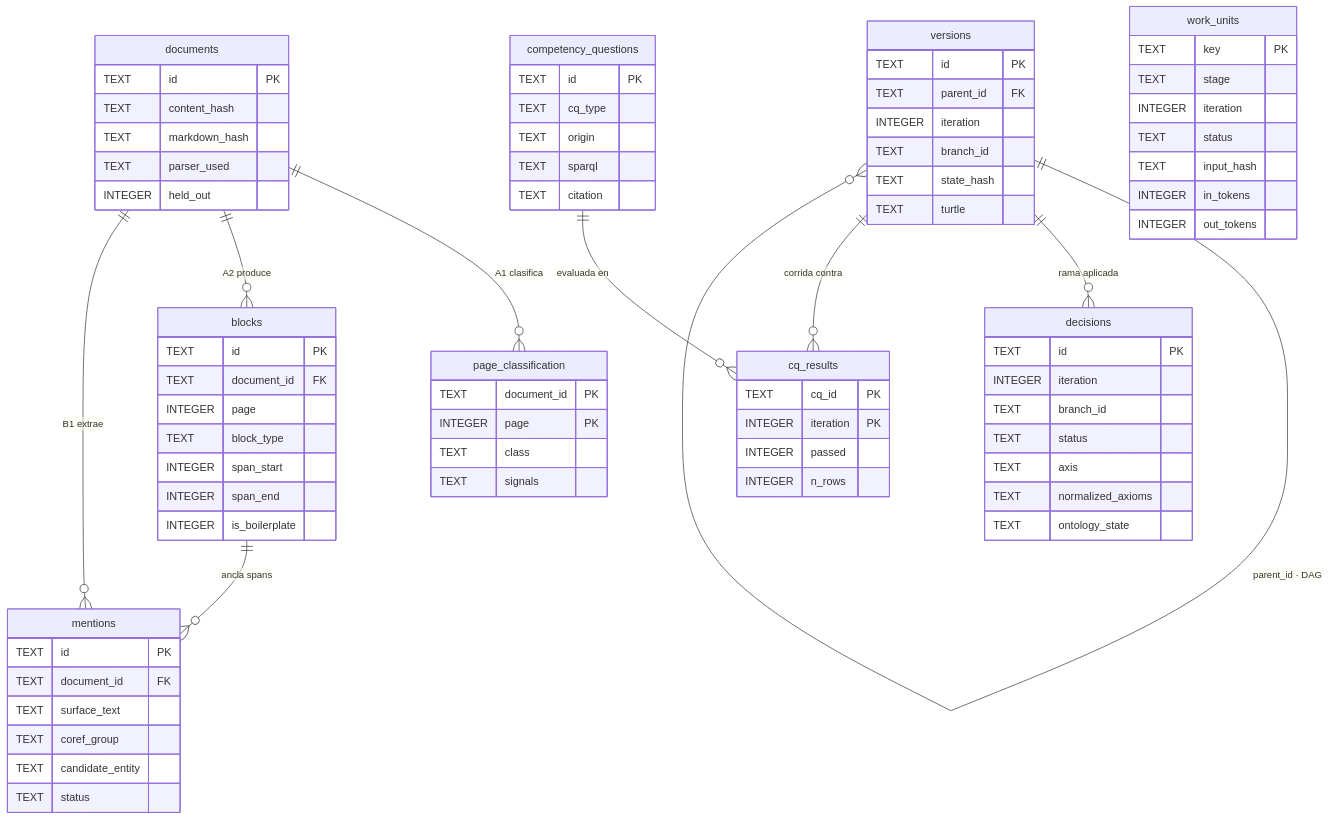
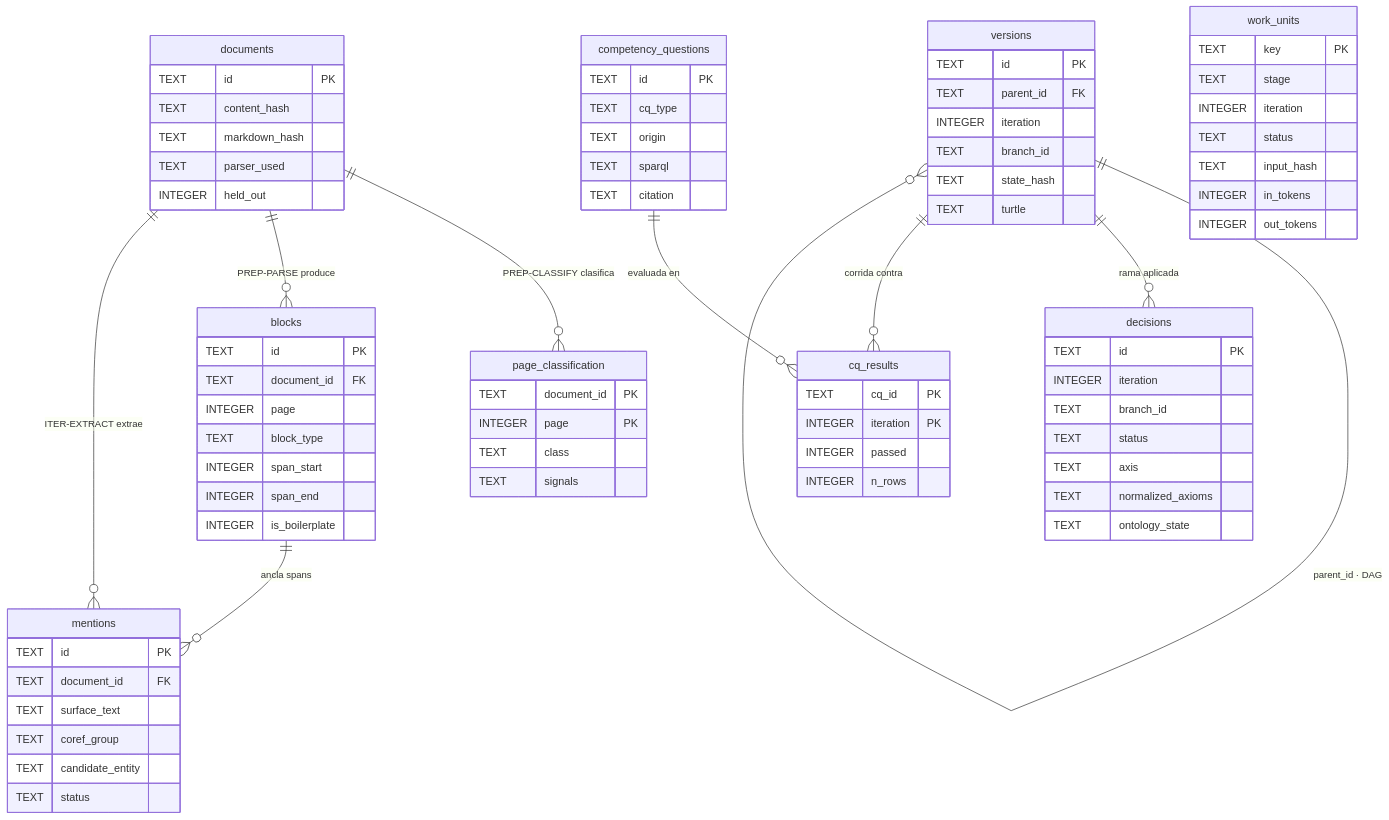
Before and after one commit to gonzatorte/ontology_and_llm_pipeline: the seventh of 8 diagrams in especificacion_pipeline_ontologia.md, drawn with Mermaid. The commit also changed other lines of this file, not shown here.

````diff
--- a/especificacion_pipeline_ontologia.md
+++ b/especificacion_pipeline_ontologia.md
@@ -902,81 +902,81 @@
 ```mermaid
 erDiagram
-  documents ||--o{ page_classification : "A1 clasifica"
-  documents ||--o{ blocks : "A2 produce"
-  documents ||--o{ mentions : "B1 extrae"
+  documents ||--o{ page_classification : "PREP-CLASSIFY clasifica"
+  documents ||--o{ blocks : "PREP-PARSE produce"
+  documents ||--o{ mentions : "ITER-EXTRACT extrae"
   blocks ||--o{ mentions : "ancla spans"
   versions ||--o{ versions : "parent_id · DAG"
   versions ||--o{ decisions : "rama aplicada"
   competency_questions ||--o{ cq_results : "evaluada en"
   versions ||--o{ cq_results : "corrida contra"
 
   documents {
     TEXT id PK
     TEXT content_hash
     TEXT markdown_hash
     TEXT parser_used
     INTEGER held_out
   }
   blocks {
     TEXT id PK
     TEXT document_id FK
     INTEGER page
     TEXT block_type
     INTEGER span_start
     INTEGER span_end
     INTEGER is_boilerplate
   }
   mentions {
     TEXT id PK
     TEXT document_id FK
     TEXT surface_text
     TEXT coref_group
     TEXT candidate_entity
     TEXT status
   }
   page_classification {
     TEXT document_id PK
     INTEGER page PK
     TEXT class
     TEXT signals
   }
   versions {
     TEXT id PK
     TEXT parent_id FK
     INTEGER iteration
     TEXT branch_id
     TEXT state_hash
     TEXT turtle
   }
   decisions {
     TEXT id PK
     INTEGER iteration
     TEXT branch_id
     TEXT status
     TEXT axis
     TEXT normalized_axioms
     TEXT ontology_state
   }
   work_units {
     TEXT key PK
     TEXT stage
     INTEGER iteration
     TEXT status
     TEXT input_hash
     INTEGER in_tokens
     INTEGER out_tokens
   }
   competency_questions {
     TEXT id PK
     TEXT cq_type
     TEXT origin
     TEXT sparql
     TEXT citation
   }
   cq_results {
     TEXT cq_id PK
     INTEGER iteration PK
     INTEGER passed
     INTEGER n_rows
   }
 ```
````
